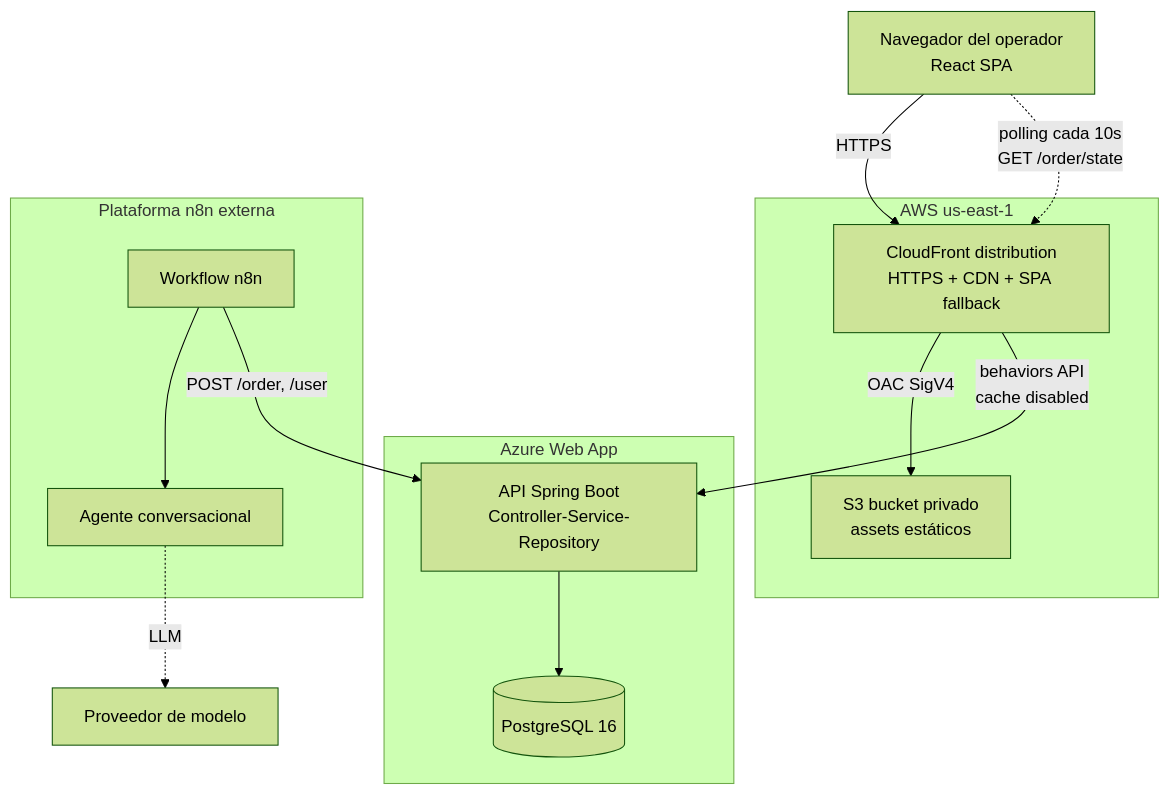
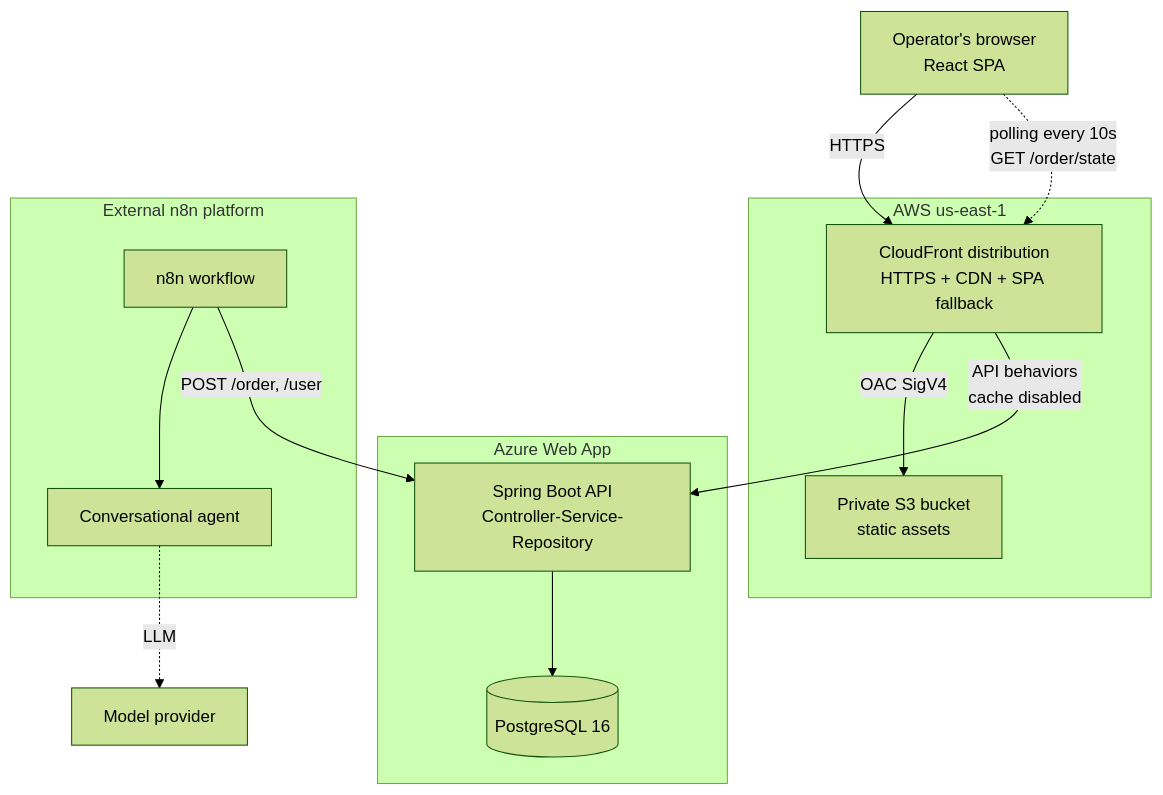
The second of 5 diagrams in README.md (tulio3101/DeliverAI), drawn with Mermaid (forest theme) before and after one commit. The commit also changed other lines of this file and 4 other files, not shown here.

````diff
--- a/README.md
+++ b/README.md
@@ -76,26 +76,26 @@
 ```mermaid
 flowchart TB
     subgraph AWS["AWS us-east-1"]
-        S3["S3 bucket privado<br/>assets estáticos"]
+        S3["Private S3 bucket<br/>static assets"]
         CFD["CloudFront distribution<br/>HTTPS + CDN + SPA fallback"]
         CFD -->|"OAC SigV4"| S3
     end
 
     subgraph Azure["Azure Web App"]
-        SPRING["API Spring Boot<br/>Controller-Service-Repository"]
+        SPRING["Spring Boot API<br/>Controller-Service-Repository"]
         PG[("PostgreSQL 16")]
         SPRING --> PG
     end
 
-    subgraph Externo["Plataforma n8n externa"]
-        WF["Workflow n8n"]
-        AG["Agente conversacional"]
+    subgraph External["External n8n platform"]
+        WF["n8n workflow"]
+        AG["Conversational agent"]
         WF --> AG
     end
 
-    BROWSER["Navegador del operador<br/>React SPA"] -->|HTTPS| CFD
-    CFD -->|"behaviors API<br/>cache disabled"| SPRING
-    BROWSER -.->|"polling cada 10s<br/>GET /order/state"| CFD
-    AG -.->|LLM| PROV["Proveedor de modelo"]
+    BROWSER["Operator's browser<br/>React SPA"] -->|HTTPS| CFD
+    CFD -->|"API behaviors<br/>cache disabled"| SPRING
+    BROWSER -.->|"polling every 10s<br/>GET /order/state"| CFD
+    AG -.->|LLM| PROV["Model provider"]
     WF -->|"POST /order, /user"| SPRING
 ```
````
